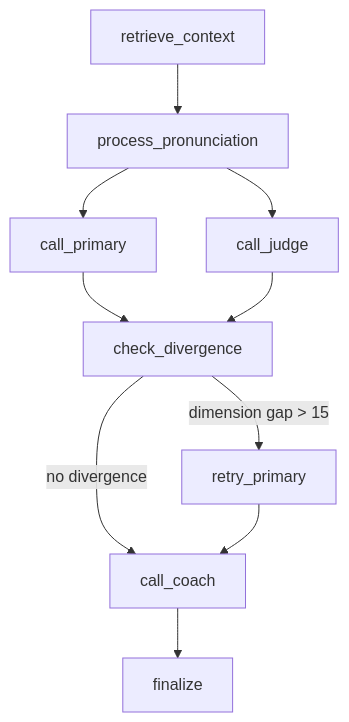
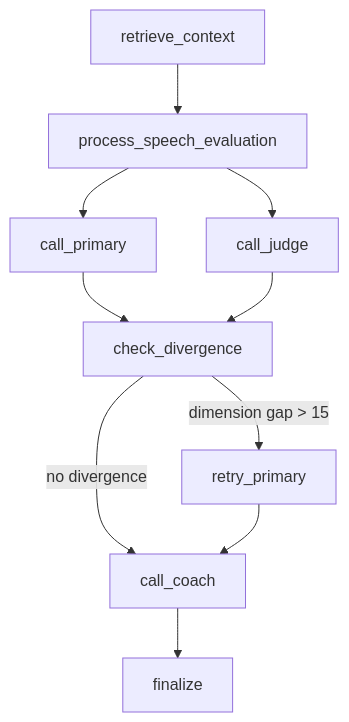
One commit to ShuXingX1ng/EchoLingo changed the second of 2 diagrams in README.md. Above: the diagram before and after it, drawn with Mermaid. The commit also changed 147 other files, not shown here.

First line of the commit message:
refactor: deepen six modules from the architecture review

````diff
--- a/README.md
+++ b/README.md
@@ -107,12 +107,12 @@
 ```mermaid
 flowchart TD
-  A["retrieve_context"] --> B["process_pronunciation"]
+  A["retrieve_context"] --> B["process_speech_evaluation"]
   B --> C["call_primary"]
   B --> D["call_judge"]
   C --> E["check_divergence"]
   D --> E
   E -->|dimension gap > 15| F["retry_primary"]
   E -->|no divergence| G["call_coach"]
   F --> G
   G --> H["finalize"]
 ```
````
